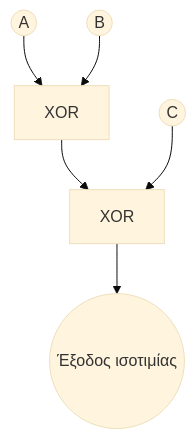
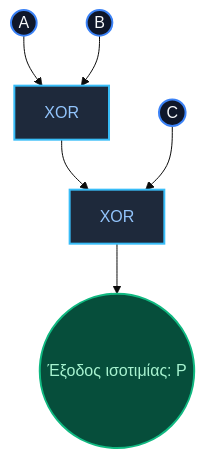
One commit to PanagopoulosNikolaos/DitOpenNotes changed the fourth of 4 diagrams in Year_1/Semester_2/DISCRETE_MATHEMATICS/Resources/Notes/03_logic_gates.md. Above: the diagram before and after it, drawn with Mermaid (base theme). The commit also changed other lines of this file and 6 other files, not shown here.

````diff
--- a/Year_1/Semester_2/DISCRETE_MATHEMATICS/Resources/Notes/03_logic_gates.md
+++ b/Year_1/Semester_2/DISCRETE_MATHEMATICS/Resources/Notes/03_logic_gates.md
@@ -141,6 +324,13 @@
 ```mermaid
 flowchart TD
-    A((A)) & B((B)) --> X1[XOR]
-    X1 & C((C)) --> X2[XOR]
-    X2 --> P((Έξοδος ισοτιμίας))
+    A((A)) & B((B)) --> X1["XOR"]
+    X1 & C((C)) --> X2["XOR"]
+    X2 --> P(("Έξοδος ισοτιμίας: P"))
+
+    style A fill:#0f172a,stroke:#3b82f6,stroke-width:2px,color:#f8fafc
+    style B fill:#0f172a,stroke:#3b82f6,stroke-width:2px,color:#f8fafc
+    style C fill:#0f172a,stroke:#3b82f6,stroke-width:2px,color:#f8fafc
+    style X1 fill:#1e293b,stroke:#38bdf8,stroke-width:2px,color:#93c5fd
+    style X2 fill:#1e293b,stroke:#38bdf8,stroke-width:2px,color:#93c5fd
+    style P fill:#064e3b,stroke:#10b981,stroke-width:2px,color:#a7f3d0
 ```
````
